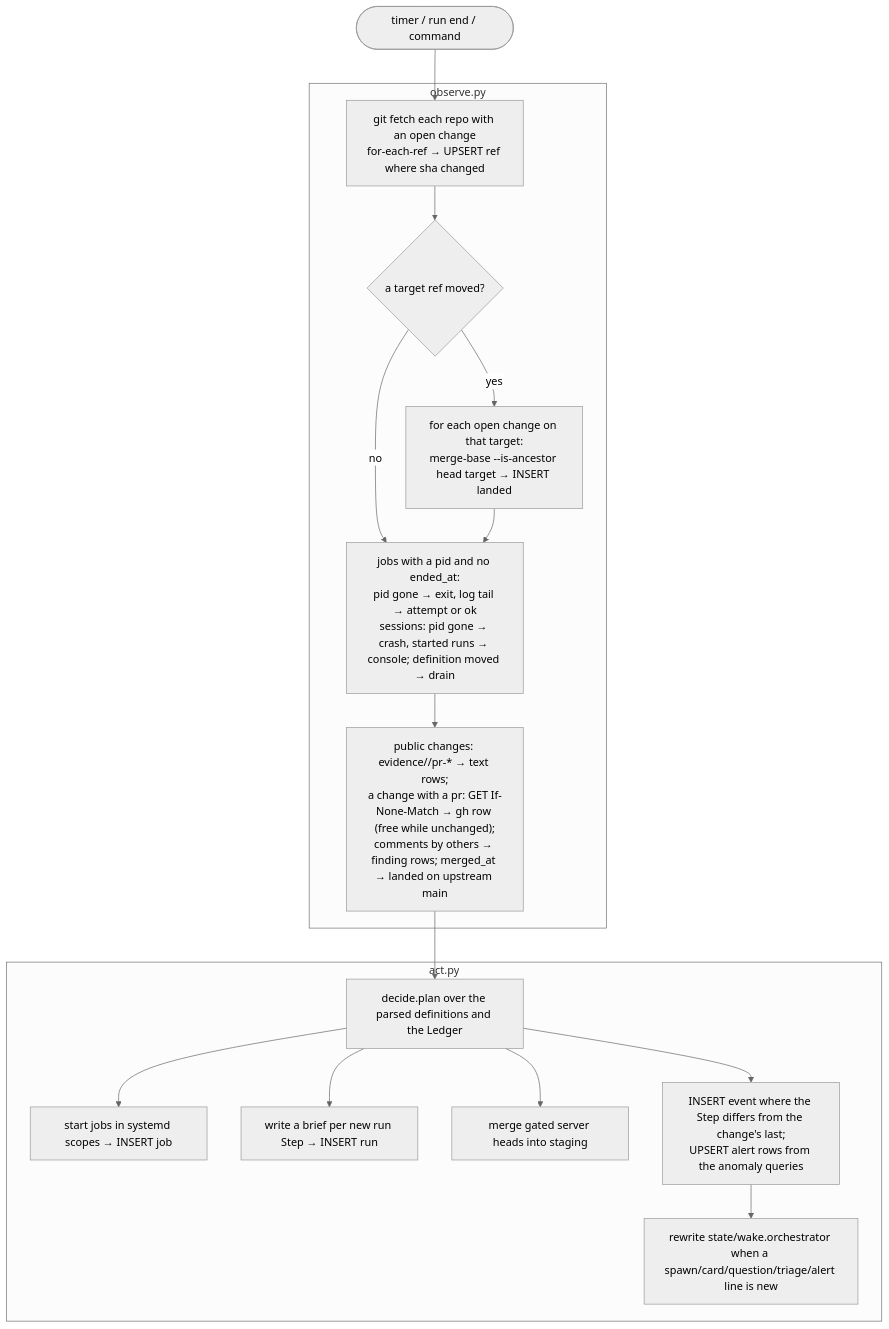
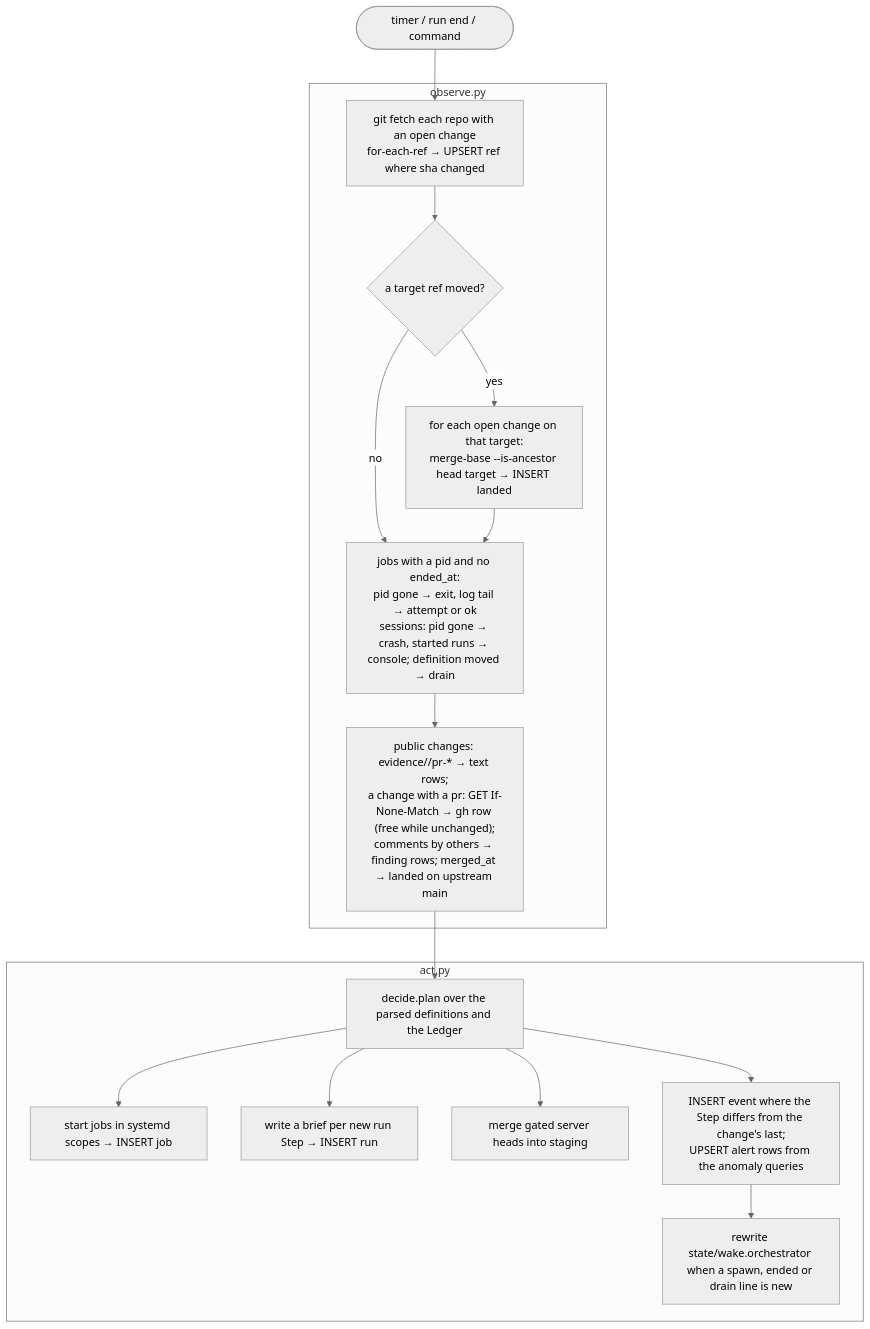
One commit to AlexPerrin/RuneHarness changed the third of 7 diagrams in docs/ARCHITECTURE.md. Above: the diagram before and after it, drawn with Mermaid (neutral theme). The commit also changed other lines of this file and 12 other files, not shown here.

Commit message:
the driver: the user's chat is the harness engineer's session; the orchestrator is autonomous (spawn, stop, restart) and reads no card, question or alert; hd's view by session role (migration 5)

````diff
--- a/docs/ARCHITECTURE.md
+++ b/docs/ARCHITECTURE.md
@@ -299,19 +300,19 @@
 ```mermaid
 flowchart TD
   T0([timer / run end / command]) --> F
   subgraph OBS["observe.py"]
     F["git fetch each repo with an open change<br/>for-each-ref → UPSERT ref where sha changed"] --> L{"a target ref moved?"}
     L -- yes --> LA["for each open change on that target:<br/>merge-base --is-ancestor head target → INSERT landed"]
     L -- no --> P
     LA --> P["jobs with a pid and no ended_at:<br/>pid gone → exit, log tail → attempt or ok<br/>sessions: pid gone → crash, started runs → console; definition moved → drain"]
     P --> GH["public changes: evidence/<slug>/pr-* → text rows;<br/>a change with a pr: GET If-None-Match → gh row (free while unchanged);<br/>comments by others → finding rows; merged_at → landed on upstream main"]
   end
   GH --> D["decide.plan over the parsed definitions and the Ledger"]
   subgraph ACT["act.py"]
     D --> S["start jobs in systemd scopes → INSERT job"]
     D --> B["write a brief per new run Step → INSERT run"]
     D --> M["merge gated server heads into staging"]
     D --> E["INSERT event where the Step differs from the change's last;<br/>UPSERT alert rows from the anomaly queries"]
-    E --> W["rewrite state/wake.orchestrator when a spawn/card/question/triage/alert line is new"]
+    E --> W["rewrite state/wake.orchestrator when a spawn, ended or drain line is new"]
   end
 ```
````
